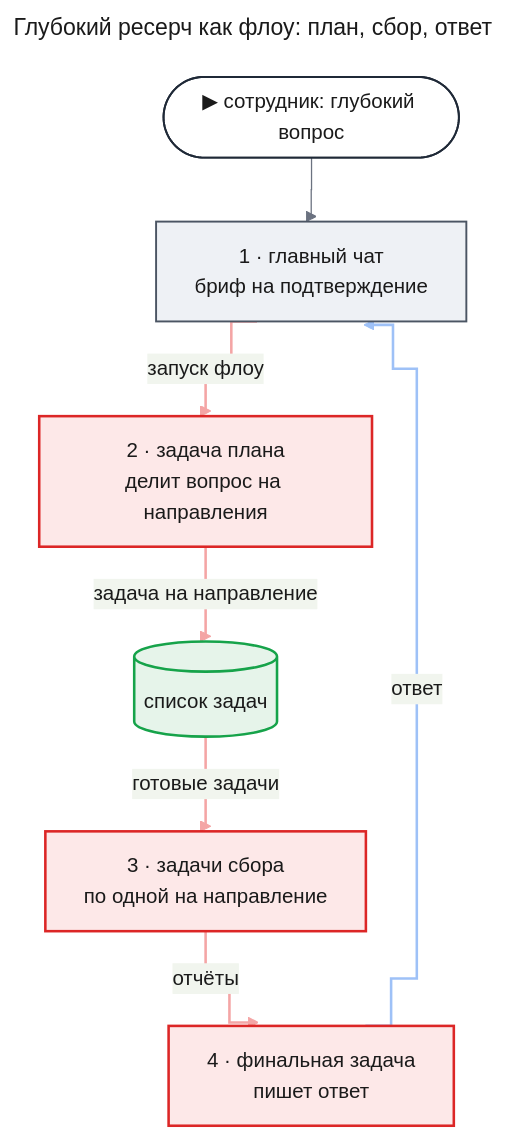
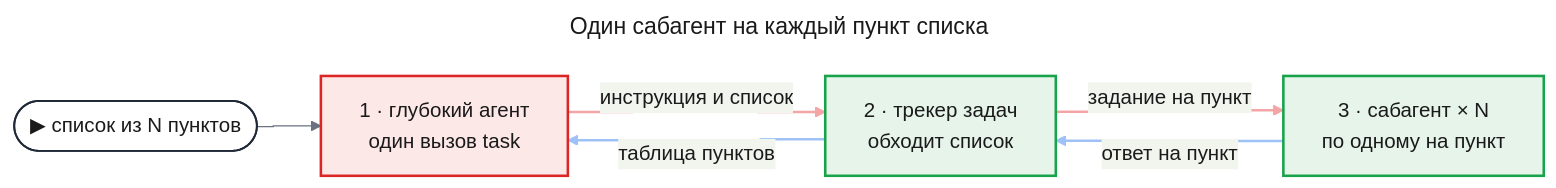
Before and after one commit to tundraray/agent-os: the third of 3 diagrams in docs/features/deep-agents/prd.md, drawn with Mermaid. The commit also changed other lines of this file, not shown here.

Commit message:
docs(deep-agents): re-scope the PRD to parity with Deep Agents

````diff
--- a/docs/features/deep-agents/prd.md
+++ b/docs/features/deep-agents/prd.md
@@ -275,49 +144,43 @@
 ```mermaid
 ---
-title: "Глубокий ресерч как флоу: план, сбор, ответ"
+title: "Один сабагент на каждый пункт списка"
 config:
   theme: base
   look: classic
   themeVariables:
     primaryColor: "#eef1f5"
     primaryBorderColor: "#4b5563"
     primaryTextColor: "#1a1a1a"
     lineColor: "#6b7280"
   flowchart:
     curve: step
   themeCSS: |
-    @keyframes lit_da5{0%,18%{stroke:#991b1b;stroke-width:6px}20%,100%{stroke:#f4a5a5;stroke-width:2px}}
-    @keyframes litr_da5{0%,18%{stroke:#1d4ed8;stroke-width:6px}20%,100%{stroke:#9ec1f7;stroke-width:2px}}
+    @keyframes lit_dl2{0%,22.5%{stroke:#991b1b;stroke-width:6px}25%,100%{stroke:#f4a5a5;stroke-width:2px}}
+    @keyframes litr_dl2{0%,22.5%{stroke:#1d4ed8;stroke-width:6px}25%,100%{stroke:#9ec1f7;stroke-width:2px}}
 ---
-flowchart TB
-    entry(["▶ сотрудник: глубокий вопрос"])
-    chat["1 · главный чат<br/>бриф на подтверждение"]
-    plan["2 · задача плана<br/>делит вопрос на направления"]
-    tasks[("список задач")]
-    gather["3 · задачи сбора<br/>по одной на направление"]
-    answer["4 · финальная задача<br/>пишет ответ"]
-    entry --> chat
-    chat e1@-->|"запуск флоу"| plan
-    plan e2@-->|"задача на направление"| tasks
-    tasks e3@-->|"готовые задачи"| gather
-    gather e4@-->|"отчёты"| answer
-    answer e5@-->|"ответ"| chat
+flowchart LR
+    entry(["▶ список из N пунктов"])
+    deep["1 · глубокий агент<br/>один вызов task"]
+    tracker["2 · трекер задач<br/>обходит список"]
+    subs["3 · сабагент × N<br/>по одному на пункт"]
+    entry --> deep
+    deep e1@-->|"инструкция и список"| tracker
+    tracker e2@-->|"задание на пункт"| subs
+    subs e3@-->|"ответ на пункт"| tracker
+    tracker e4@-->|"таблица пунктов"| deep
     classDef entry fill:#ffffff,stroke:#1f2937,stroke-width:1.5px,color:#1a1a1a
     classDef changed fill:#fde8e8,stroke:#dc2626,stroke-width:2px,color:#1a1a1a
     classDef new fill:#e6f4ea,stroke:#16a34a,stroke-width:2px,color:#1a1a1a
     classDef unchanged fill:#eef1f5,stroke:#4b5563,stroke-width:1.5px,color:#1a1a1a
-    classDef w1 stroke:#f4a5a5,stroke-width:2px,animation:lit_da5 6s linear 0s infinite
-    classDef w2 stroke:#f4a5a5,stroke-width:2px,animation:lit_da5 6s linear 1.2s infinite
-    classDef w3 stroke:#f4a5a5,stroke-width:2px,animation:lit_da5 6s linear 2.4s infinite
-    classDef w4 stroke:#f4a5a5,stroke-width:2px,animation:lit_da5 6s linear 3.6s infinite
-    classDef r5 stroke:#9ec1f7,stroke-width:2px,animation:litr_da5 6s linear 4.8s infinite
+    classDef w1 stroke:#f4a5a5,stroke-width:2px,animation:lit_dl2 4.8s linear 0s infinite
+    classDef w2 stroke:#f4a5a5,stroke-width:2px,animation:lit_dl2 4.8s linear 1.2s infinite
+    classDef r3 stroke:#9ec1f7,stroke-width:2px,animation:litr_dl2 4.8s linear 2.4s infinite
+    classDef r4 stroke:#9ec1f7,stroke-width:2px,animation:litr_dl2 4.8s linear 3.6s infinite
     class entry entry
-    class chat unchanged
-    class plan,gather,answer changed
-    class tasks new
+    class deep changed
+    class tracker,subs new
     class e1 w1
     class e2 w2
-    class e3 w3
-    class e4 w4
-    class e5 r5
+    class e3 r3
+    class e4 r4
 ```
````
